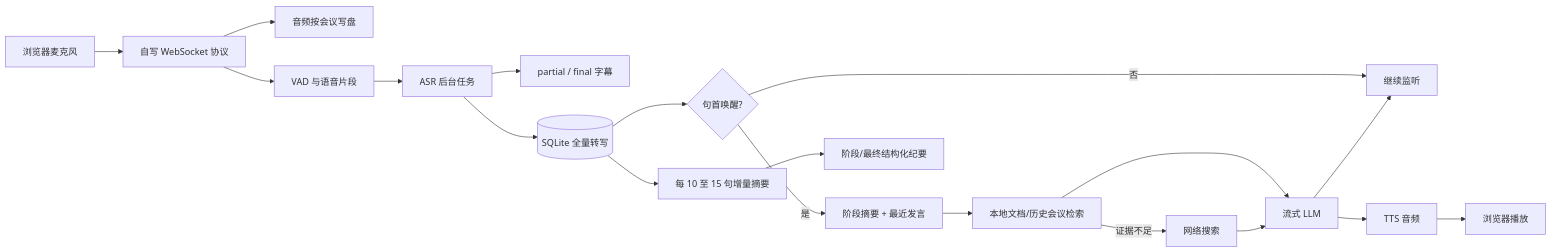
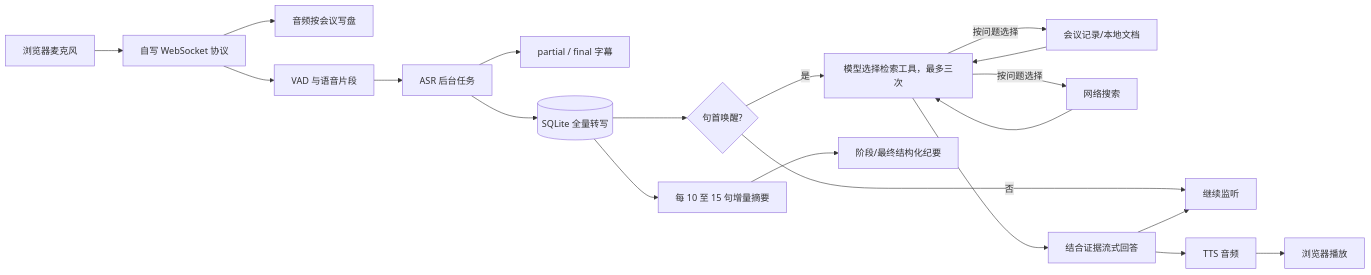
Before and after one commit to GreatAndyC/realtime-assistant: the first of 2 diagrams in ARCHITECTURE.md, drawn with Mermaid. The commit also changed other lines of this file and 21 other files, not shown here.

````diff
--- a/ARCHITECTURE.md
+++ b/ARCHITECTURE.md
@@ -48,21 +48,22 @@
 ```mermaid
 flowchart LR
   MIC[浏览器麦克风] --> WS[自写 WebSocket 协议]
   WS --> RAW[音频按会议写盘]
   WS --> VAD[VAD 与语音片段]
   VAD --> ASR[ASR 后台任务]
   ASR --> SUB[partial / final 字幕]
   ASR --> DB[(SQLite 全量转写)]
   DB --> WAKE{句首唤醒?}
   WAKE -- 否 --> LISTEN[继续监听]
-  WAKE -- 是 --> CTX[阶段摘要 + 最近发言]
-  CTX --> LOCAL[本地文档/历史会议检索]
-  LOCAL -->|证据不足| WEB[网络搜索]
-  LOCAL --> LLM[流式 LLM]
-  WEB --> LLM
+  WAKE -- 是 --> TOOL[模型选择检索工具，最多三次]
+  TOOL -->|按问题选择| LOCAL[会议记录/本地文档]
+  TOOL -->|按问题选择| WEB[网络搜索]
+  LOCAL --> TOOL
+  WEB --> TOOL
+  TOOL --> LLM[结合证据流式回答]
   LLM --> TTS[TTS 音频]
   TTS --> PLAY[浏览器播放]
   LLM --> LISTEN
   DB --> MAP[每 10 至 15 句增量摘要]
   MAP --> REDUCE[阶段/最终结构化纪要]
 ```
````
